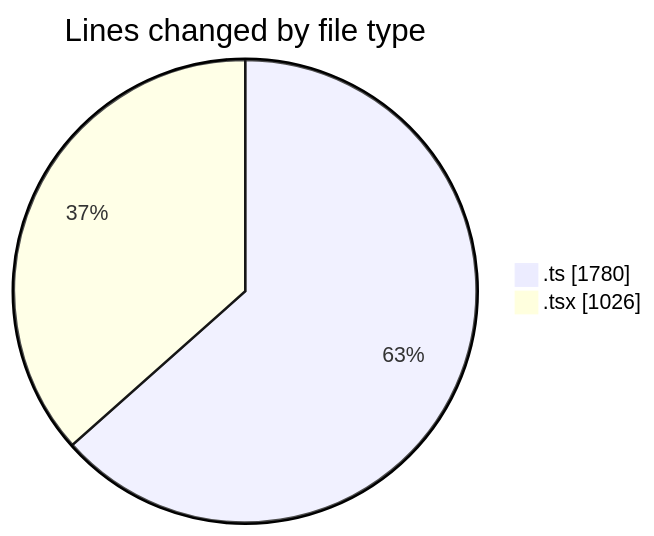
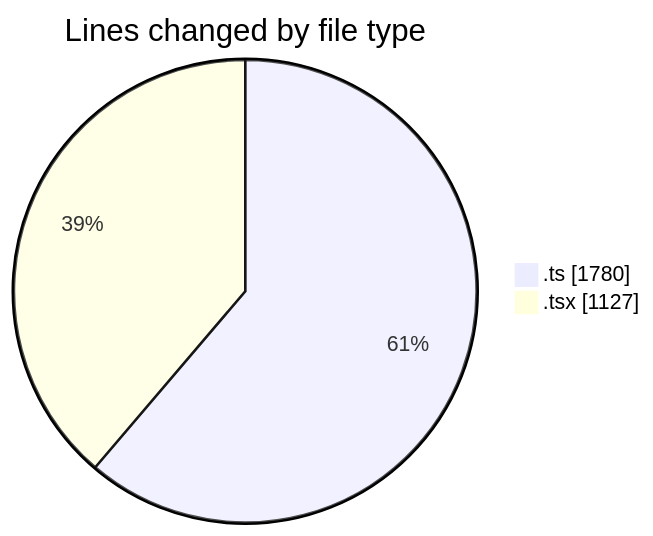
One commit to JenPaints/code-tracking changed the first of 2 diagrams in 2025-06-22/archive/README.md. Above: the diagram before and after it, drawn with Mermaid. The commit also changed other lines of this file and 1 other file, not shown here.

````diff
--- a/2025-06-22/archive/README.md
+++ b/2025-06-22/archive/README.md
@@ -26,6 +26,6 @@
 ```mermaid
 pie showData
 title Lines changed by file type
 ".ts" : 1780
-".tsx" : 1026
+".tsx" : 1127
 ```
````
